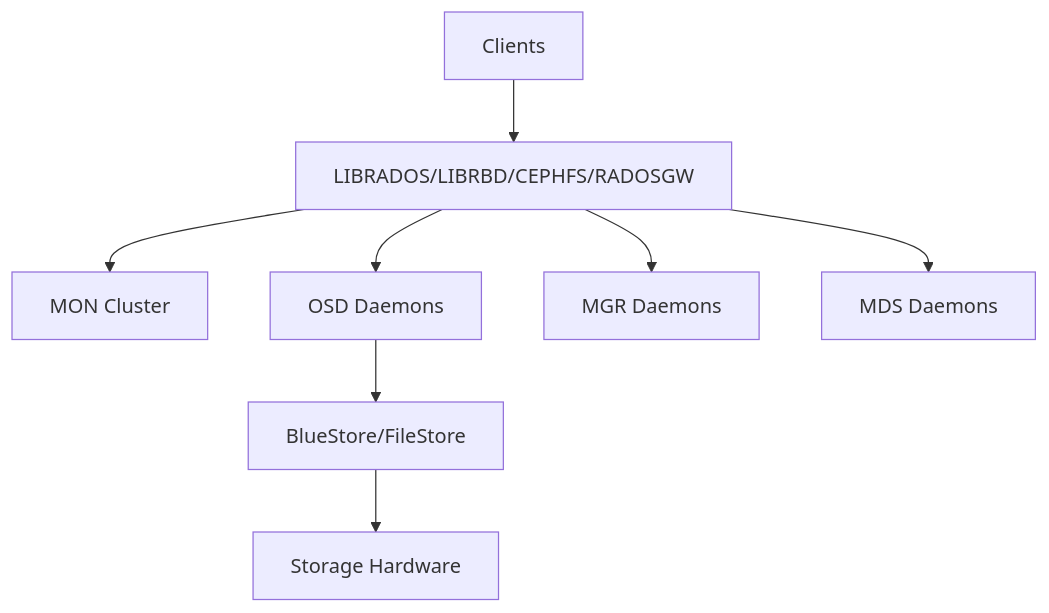
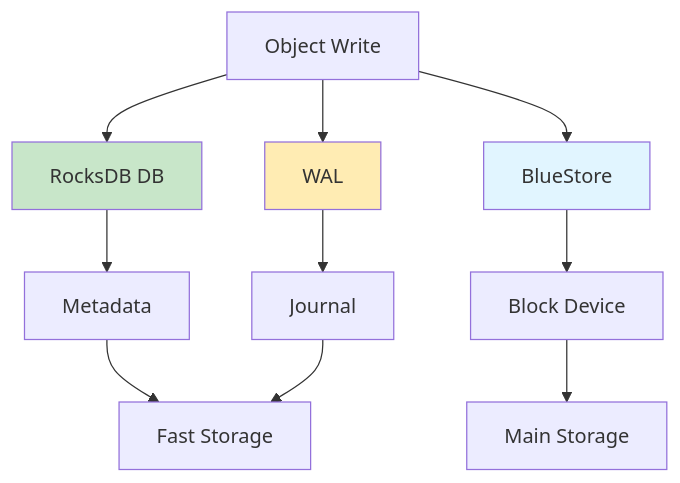
One commit to CrakA2/Linux_HA changed the second of 2 diagrams in docs/storage/ceph.md. Above: the diagram before and after it, drawn with Mermaid. The commit also changed other lines of this file and 11 other files, not shown here.

````diff
--- a/docs/storage/ceph.md
+++ b/docs/storage/ceph.md
@@ -7,10 +166,18 @@
 ```mermaid
 graph TB
-    A[Clients] --> B[LIBRADOS/LIBRBD/CEPHFS/RADOSGW]
-    B --> C[MON Cluster]
-    B --> D[OSD Daemons]
-    B --> E[MGR Daemons]
-    B --> F[MDS Daemons]
-    D --> G[BlueStore/FileStore]
-    G --> H[Storage Hardware]
+    A[Object Write] --> B[RocksDB DB]
+    A --> C[WAL]
+    A --> D[BlueStore]
+    
+    B --> E[Metadata]
+    C --> F[Journal]
+    D --> G[Block Device]
+    
+    E --> H[Fast Storage]
+    F --> H
+    G --> I[Main Storage]
+    
+    style B fill:#c8e6c9
+    style C fill:#ffecb3
+    style D fill:#e1f5ff
 ```
````
